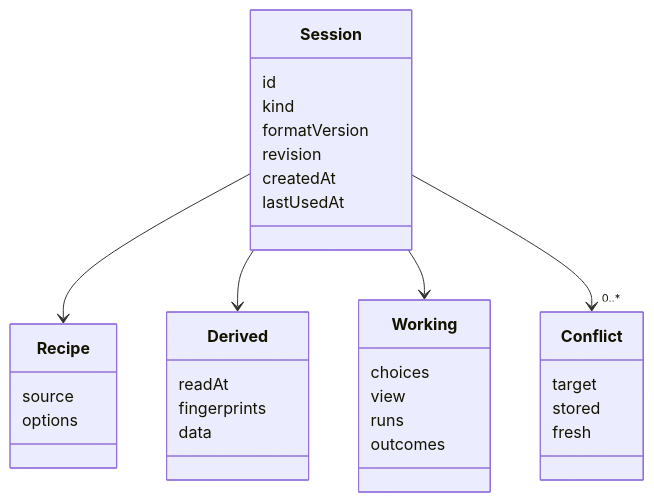
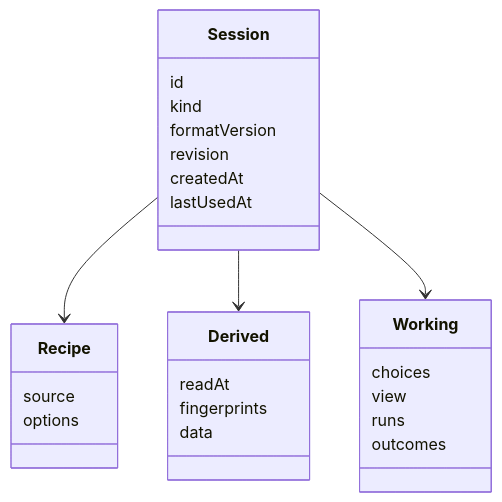
The second of 4 diagrams in docs/architecture/boards-and-sessions.md (rbreunung/ticket-sidekick), drawn with Mermaid before and after one commit. The commit also changed other lines of this file and 11 other files, not shown here.

First line of the commit message:
docs: describe the one-click apply flow and the board changes

````diff
--- a/docs/architecture/boards-and-sessions.md
+++ b/docs/architecture/boards-and-sessions.md
@@ -97,35 +97,29 @@
 ```mermaid
 classDiagram
   class Session {
     id
     kind
     formatVersion
     revision
     createdAt
     lastUsedAt
   }
   class Recipe {
     source
     options
   }
   class Derived {
     readAt
     fingerprints
     data
   }
   class Working {
     choices
     view
     runs
     outcomes
   }
-  class Conflict {
-    target
-    stored
-    fresh
-  }
   Session --> Recipe
   Session --> Derived
   Session --> Working
-  Session --> "0..*" Conflict
 ```
````
